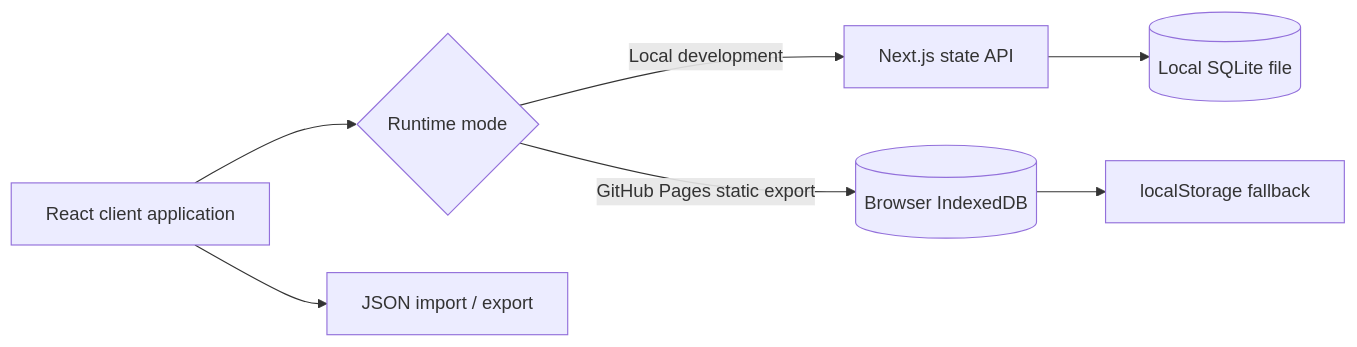
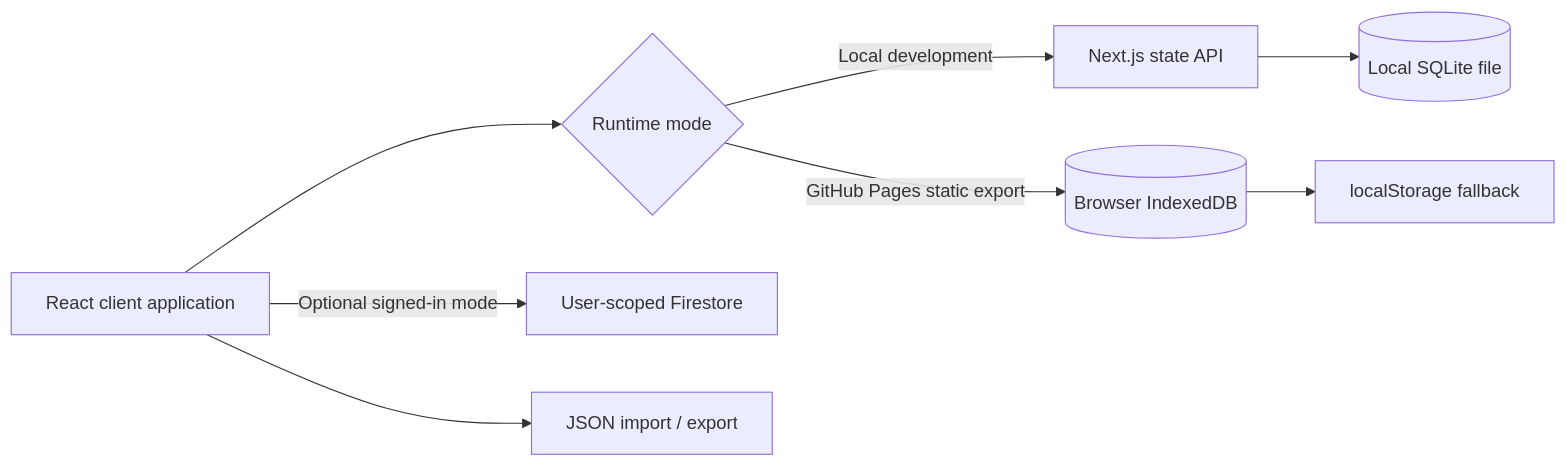
One commit to offlany/75-soft-challenge changed the diagram in README.md. Above: the diagram before and after it, drawn with Mermaid. The commit also changed other lines of this file and 20 other files, not shown here.

Commit message:
feat: add optional Google cloud sync

````diff
--- a/README.md
+++ b/README.md
@@ -101,9 +105,10 @@
 ```mermaid
 flowchart LR
   UI[React client application] --> Mode{Runtime mode}
   Mode -->|Local development| API[Next.js state API]
   API --> SQLite[(Local SQLite file)]
   Mode -->|GitHub Pages static export| IDB[(Browser IndexedDB)]
   IDB --> Fallback[localStorage fallback]
+  UI -->|Optional signed-in mode| Cloud[User-scoped Firestore]
   UI --> JSON[JSON import / export]
 ```
````
